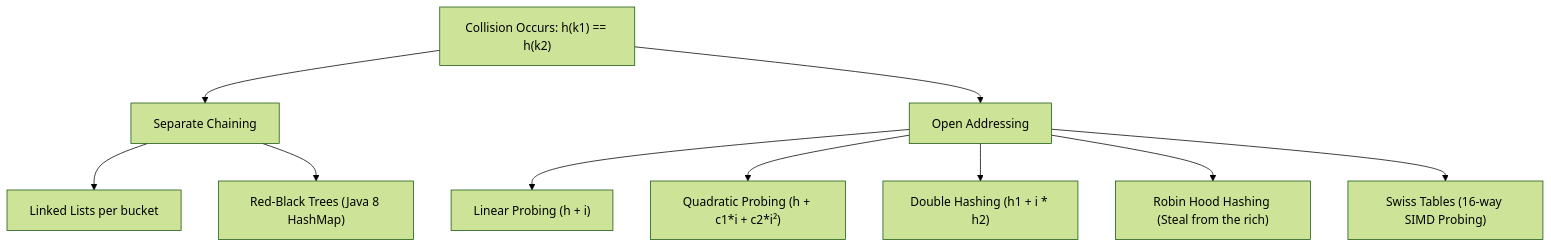
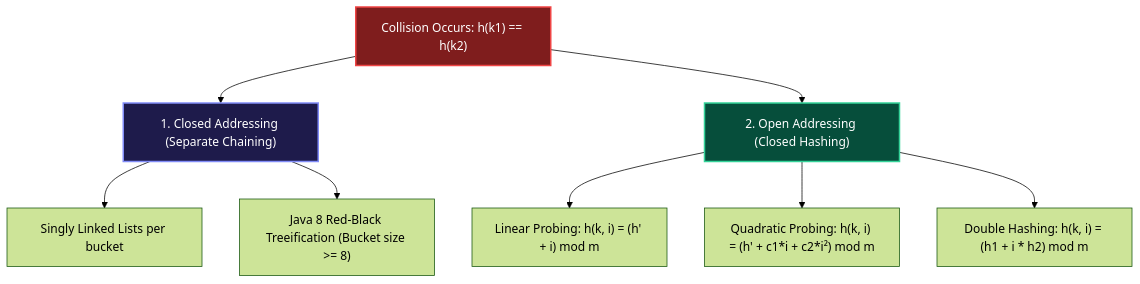
One commit to 1345AbhishekKumar/cs-cookbook changed the sixth of 14 diagrams in content/docs/dsa/01-foundations-and-linear-structures/06-hash-tables-and-hashing.mdx. Above: the diagram before and after it, drawn with Mermaid (forest theme). The commit also changed other lines of this file and 211 other files, not shown here.

````diff
--- a/content/docs/dsa/01-foundations-and-linear-structures/06-hash-tables-and-hashing.mdx
+++ b/content/docs/dsa/01-foundations-and-linear-structures/06-hash-tables-and-hashing.mdx
@@ -45,14 +384,16 @@
 ```mermaid
 flowchart TD
-    Collision["Collision Occurs: h(k1) == h(k2)"] --> Strat1["Separate Chaining"]
-    Collision --> Strat2["Open Addressing"]
+    Collision["Collision Occurs: h(k1) == h(k2)"] --> Strat1["1. Closed Addressing (Separate Chaining)"]
+    Collision --> Strat2["2. Open Addressing (Closed Hashing)"]
 
-    Strat1 --> SC1["Linked Lists per bucket"]
-    Strat1 --> SC2["Red-Black Trees (Java 8 HashMap)"]
+    Strat1 --> SC1["Singly Linked Lists per bucket"]
+    Strat1 --> SC2["Java 8 Red-Black Treeification (Bucket size >= 8)"]
 
-    Strat2 --> OA1["Linear Probing (h + i)"]
-    Strat2 --> OA2["Quadratic Probing (h + c1*i + c2*i²)"]
-    Strat2 --> OA3["Double Hashing (h1 + i * h2)"]
-    Strat2 --> OA4["Robin Hood Hashing (Steal from the rich)"]
-    Strat2 --> OA5["Swiss Tables (16-way SIMD Probing)"]
+    Strat2 --> OA1["Linear Probing: h(k, i) = (h' + i) mod m"]
+    Strat2 --> OA2["Quadratic Probing: h(k, i) = (h' + c1*i + c2*i²) mod m"]
+    Strat2 --> OA3["Double Hashing: h(k, i) = (h1 + i * h2) mod m"]
+
+    style Collision fill:#7f1d1d,stroke:#ef4444,stroke-width:2px,color:#fff
+    style Strat1 fill:#1e1b4b,stroke:#818cf8,stroke-width:2px,color:#fff
+    style Strat2 fill:#064e3b,stroke:#34d399,stroke-width:2px,color:#fff
 ```
````
